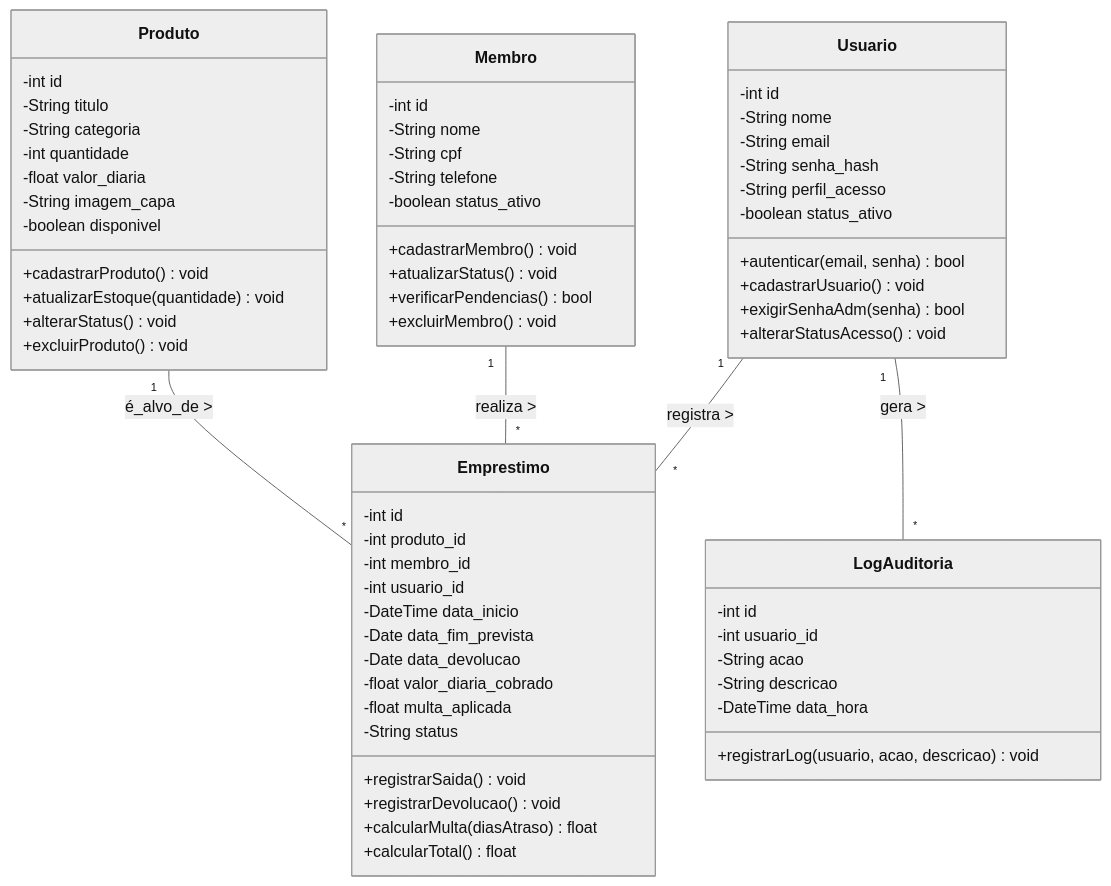
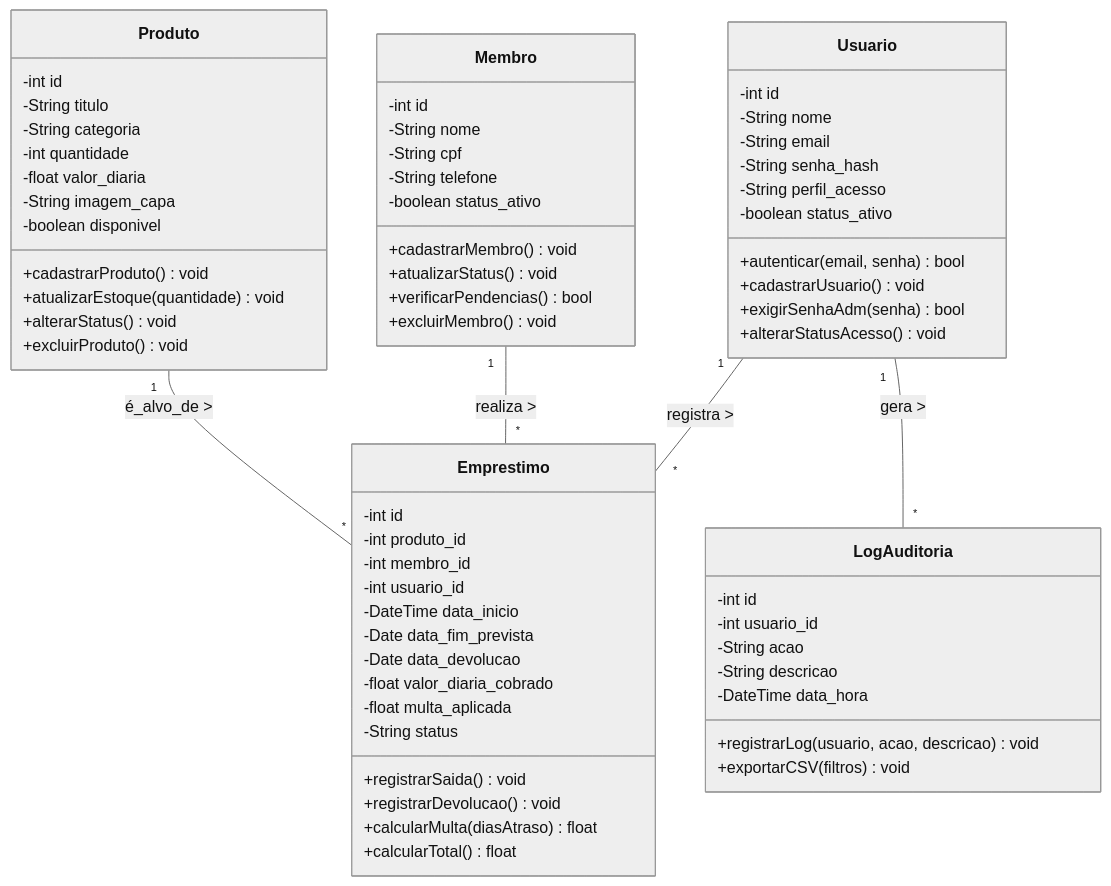
Before and after one commit to inumaki-david/Geek-Hub: the third of 4 diagrams in README.md, drawn with Mermaid (neutral theme). The commit also changed other lines of this file and 1 other file, not shown here.

Commit message:
Implementação da nova funcionalidade de exportação dos registros de logs da auditoria em arquivo csv. Documentação atualizada e corrigida.

````diff
--- a/README.md
+++ b/README.md
@@ -431,79 +440,80 @@
 ```mermaid
 classDiagram
     %% Relações entre as Classes (Multiplicidade)
     Usuario "1" -- "*" Emprestimo : registra >
     Membro "1" -- "*" Emprestimo : realiza >
     Produto "1" -- "*" Emprestimo : é_alvo_de >
     Usuario "1" -- "*" LogAuditoria : gera >
 
     %% Classe Usuario
     class Usuario {
         -int id
         -String nome
         -String email
         -String senha_hash
         -String perfil_acesso
         -boolean status_ativo
         +autenticar(email, senha) bool
         +cadastrarUsuario() void
         +exigirSenhaAdm(senha) bool
         +alterarStatusAcesso() void
     }
 
     %% Classe Membro
     class Membro {
         -int id
         -String nome
         -String cpf
         -String telefone
         -boolean status_ativo
         +cadastrarMembro() void
         +atualizarStatus() void
         +verificarPendencias() bool
         +excluirMembro() void
     }
 
     %% Classe Produto
     class Produto {
         -int id
         -String titulo
         -String categoria
         -int quantidade
         -float valor_diaria
         -String imagem_capa
         -boolean disponivel
         +cadastrarProduto() void
         +atualizarEstoque(quantidade) void
         +alterarStatus() void
         +excluirProduto() void
     }
 
     %% Classe Emprestimo 
     class Emprestimo {
         -int id
         -int produto_id
         -int membro_id
         -int usuario_id
         -DateTime data_inicio
         -Date data_fim_prevista
         -Date data_devolucao
         -float valor_diaria_cobrado
         -float multa_aplicada
         -String status
         +registrarSaida() void
         +registrarDevolucao() void
         +calcularMulta(diasAtraso) float
         +calcularTotal() float
     }
 
     %% Classe LogAuditoria
     class LogAuditoria {
         -int id
         -int usuario_id
         -String acao
         -String descricao
         -DateTime data_hora
         +registrarLog(usuario, acao, descricao) void
+        +exportarCSV(filtros) void
     }
 
 ```
````
